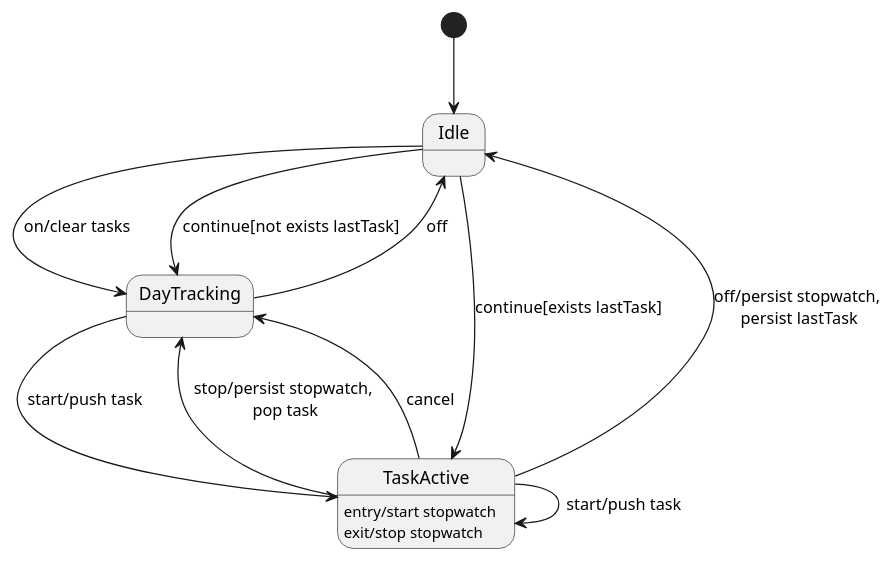
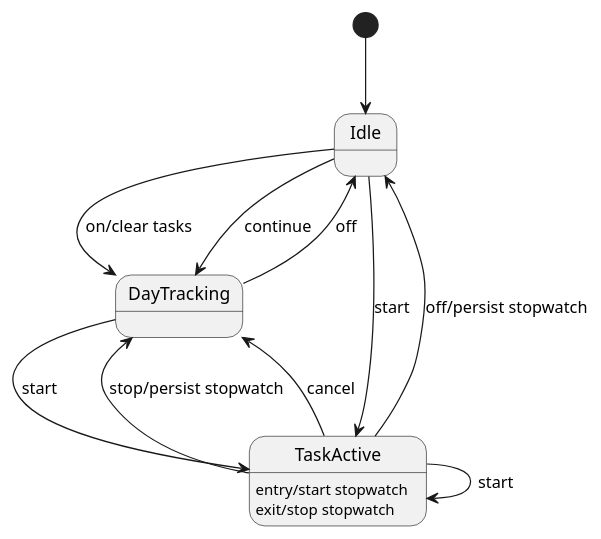
Before and after one commit to cnaj/timetrack: the diagram in doc/states.puml, drawn with PlantUML. The commit also changed 2 other files, not shown here.

```diff
--- a/doc/states.puml
+++ b/doc/states.puml
@@ -1,22 +1,22 @@
 @startuml
 skinparam monochrome true
 skinparam shadowing false
 
 [*] --> Idle
 Idle --> DayTracking : on/clear tasks
-Idle --> DayTracking : continue[not exists lastTask]
+Idle --> DayTracking : continue
+Idle --> TaskActive : start
 
 DayTracking --> Idle : off
-DayTracking --> TaskActive : start/push task
+DayTracking --> TaskActive : start
 
-TaskActive --> TaskActive : start/push task
-TaskActive --> DayTracking : stop/persist stopwatch,\n pop task
+TaskActive --> TaskActive : start
+TaskActive --> DayTracking : stop/persist stopwatch
 TaskActive --> DayTracking : cancel
 
-TaskActive --> Idle : off/persist stopwatch,\n persist lastTask
-Idle --> TaskActive : continue[exists lastTask]
+TaskActive --> Idle : off/persist stopwatch
 
 TaskActive : entry/start stopwatch
 TaskActive : exit/stop stopwatch
 
 @enduml
```
